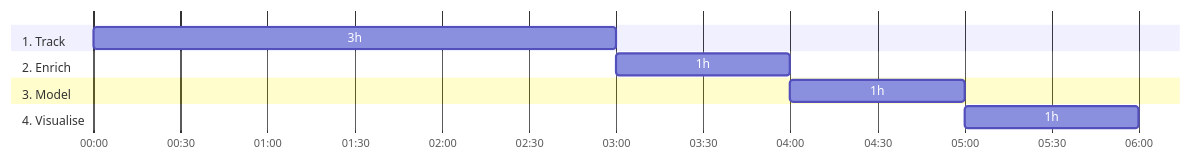
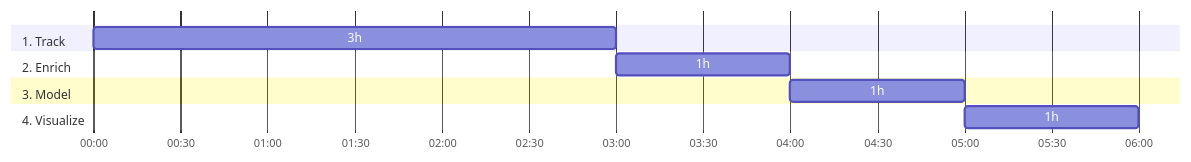
One commit to snowplow-incubator/consent-tracking-accelerator changed the diagram in content/_index.md. Above: the diagram before and after it, drawn with Mermaid. The commit also changed other lines of this file and 7 other files, not shown here.

```diff
--- a/content/_index.md
+++ b/content/_index.md
@@ -42,14 +42,14 @@
 {{<mermaid>}}
 gantt
         dateFormat  HH-mm
         axisFormat %H:%M
         section 1. Track
         3h          :track, 00-00, 3h
         section 2. Enrich
         1h         :enrich, after track 00-00, 1h
         section 3. Model
         1h          :model, after enrich, 1h
-        section 4. Visualise
-        1h          :visualise, after model, 1h
+        section 4. Visualize
+        1h          :Visualize, after model, 1h
 
 {{</mermaid >}}
```
